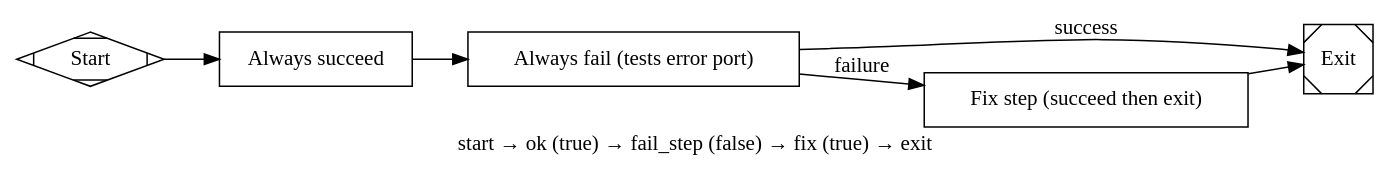
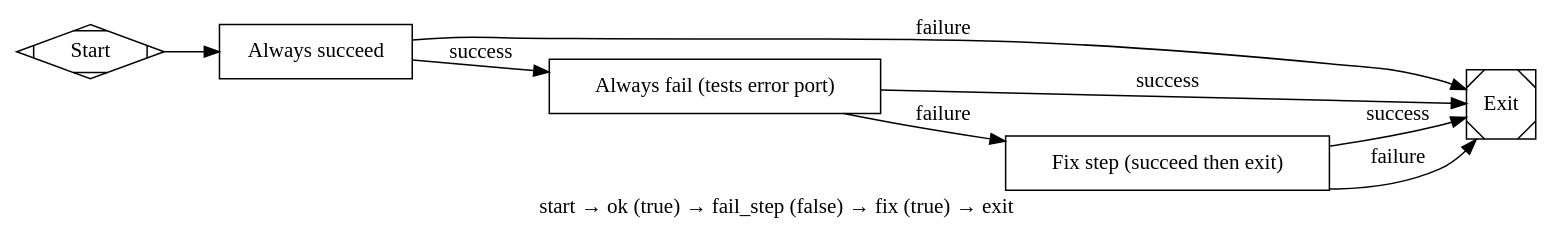
One commit to Industrial/streamweave-attractor changed the diagram in examples/workflows/test_out_error.dot. Above: the diagram before and after it, drawn with Graphviz. The commit also changed 5 other files, not shown here.

First line of the commit message:
feat: enhance workflow diagrams with outcome-based conditions

```diff
--- a/examples/workflows/test_out_error.dot
+++ b/examples/workflows/test_out_error.dot
@@ -1,37 +1,39 @@
 digraph TestOutError {
   graph [
     goal="Test out/error port wiring: success path, error path, and fix-to-exit",
     label="start → ok (true) → fail_step (false) → fix (true) → exit"
   ]
   rankdir=LR
 
   start [shape=Mdiamond, label="Start"]
   exit [shape=Msquare, label="Exit"]
 
   ok [
     shape=box,
     type=exec,
     label="Always succeed",
     command="true"
   ]
 
   fail_step [
     shape=box,
     type=exec,
     label="Always fail (tests error port)",
     command="false"
   ]
 
   fix [
     shape=box,
     type=exec,
     label="Fix step (succeed then exit)",
     command="true"
   ]
 
   start -> ok
-  ok -> fail_step
+  ok -> fail_step [label="success", condition="outcome=success"]
+  ok -> exit [label="failure", condition="outcome=fail"]
   fail_step -> exit [label="success", condition="outcome=success"]
   fail_step -> fix [label="failure", condition="outcome=fail"]
-  fix -> exit
+  fix -> exit [label="success", condition="outcome=success"]
+  fix -> exit [label="failure", condition="outcome=fail"]
 }
```
